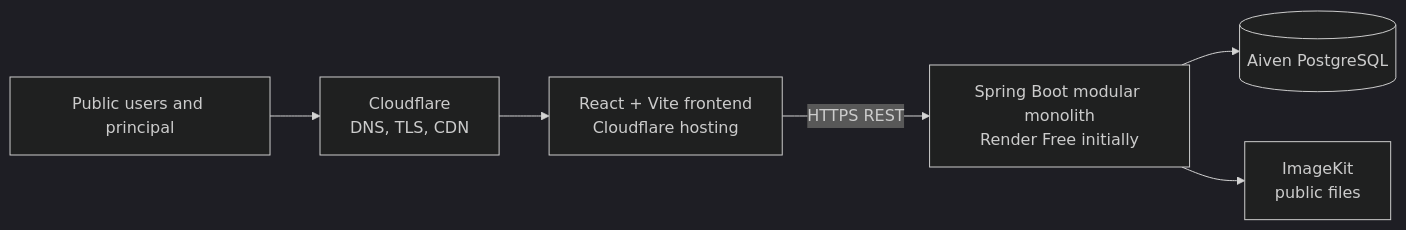
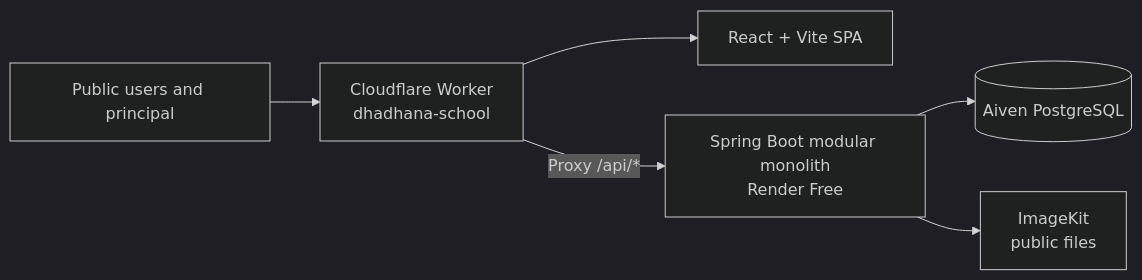
Before and after one commit to Rorfost/school-platform: the first of 2 diagrams in docs/architecture/ARCHITECTURE.md, drawn with Mermaid (dark theme). The commit also changed other lines of this file and 31 other files, not shown here.

````diff
--- a/docs/architecture/ARCHITECTURE.md
+++ b/docs/architecture/ARCHITECTURE.md
@@ -7,8 +12,8 @@
 ```mermaid
 flowchart LR
-  U[Public users and principal] --> CF[Cloudflare\nDNS, TLS, CDN]
-  CF --> FE[React + Vite frontend\nCloudflare hosting]
-  FE -->|HTTPS REST| BE[Spring Boot modular monolith\nRender Free initially]
+  U[Public users and principal] --> CF[Cloudflare Worker\ndhadhana-school]
+  CF --> FE[React + Vite SPA]
+  CF -->|Proxy /api/*| BE[Spring Boot modular monolith\nRender Free]
   BE --> DB[(Aiven PostgreSQL)]
   BE --> IK[ImageKit\npublic files]
 ```
````
